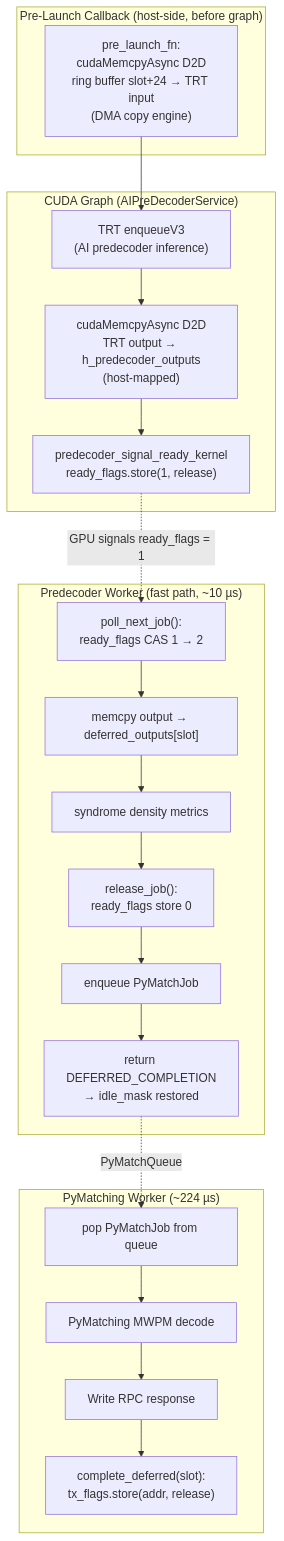
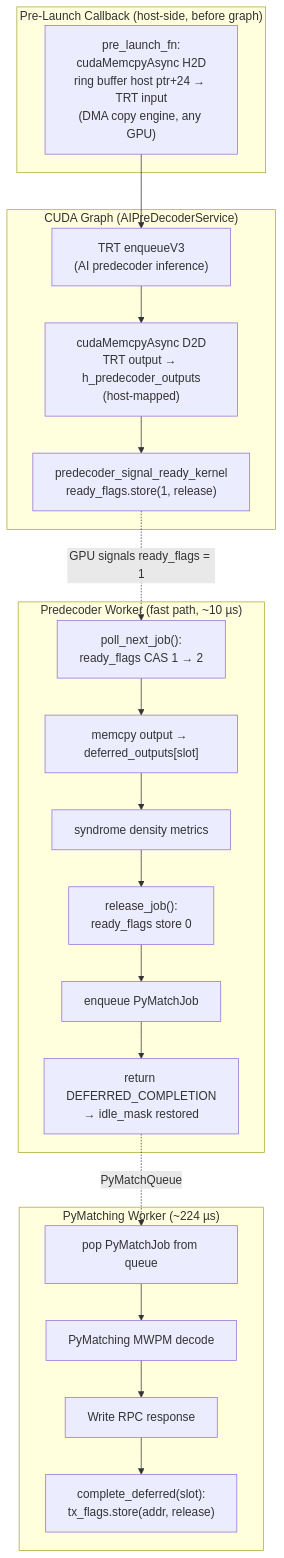
One commit to wsttiger/cudaqx changed the fifth of 8 diagrams in docs/realtime_pipeline_architecture.md. Above: the diagram before and after it, drawn with Mermaid. The commit also changed other lines of this file and 7 other files, not shown here.

````diff
--- a/docs/realtime_pipeline_architecture.md
+++ b/docs/realtime_pipeline_architecture.md
@@ -306,33 +307,33 @@
 ```mermaid
 flowchart TD
     subgraph "CUDA Graph (AIPreDecoderService)"
         A["TRT enqueueV3<br>(AI predecoder inference)"] --> B["cudaMemcpyAsync D2D<br>TRT output → h_predecoder_outputs<br>(host-mapped)"]
         B --> C["predecoder_signal_ready_kernel<br>ready_flags.store(1, release)"]
     end
 
     subgraph "Pre-Launch Callback (host-side, before graph)"
-        P["pre_launch_fn:<br>cudaMemcpyAsync D2D<br>ring buffer slot+24 → TRT input<br>(DMA copy engine)"]
+        P["pre_launch_fn:<br>cudaMemcpyAsync H2D<br>ring buffer host ptr+24 → TRT input<br>(DMA copy engine, any GPU)"]
     end
 
     subgraph "Predecoder Worker (fast path, ~10 µs)"
         D["poll_next_job():<br>ready_flags CAS 1 → 2"]
         E["memcpy output → deferred_outputs[slot]"]
         F["syndrome density metrics"]
         G["release_job():<br>ready_flags store 0"]
         H["enqueue PyMatchJob"]
         I["return DEFERRED_COMPLETION<br>→ idle_mask restored"]
         D --> E --> F --> G --> H --> I
     end
 
     subgraph "PyMatching Worker (~224 µs)"
         J["pop PyMatchJob from queue"]
         K["PyMatching MWPM decode"]
         L["Write RPC response"]
         M["complete_deferred(slot):<br>tx_flags.store(addr, release)"]
         J --> K --> L --> M
     end
 
     P --> A
     C -.->|"GPU signals ready_flags = 1"| D
     I -.->|"PyMatchQueue"| J
 ```
````
